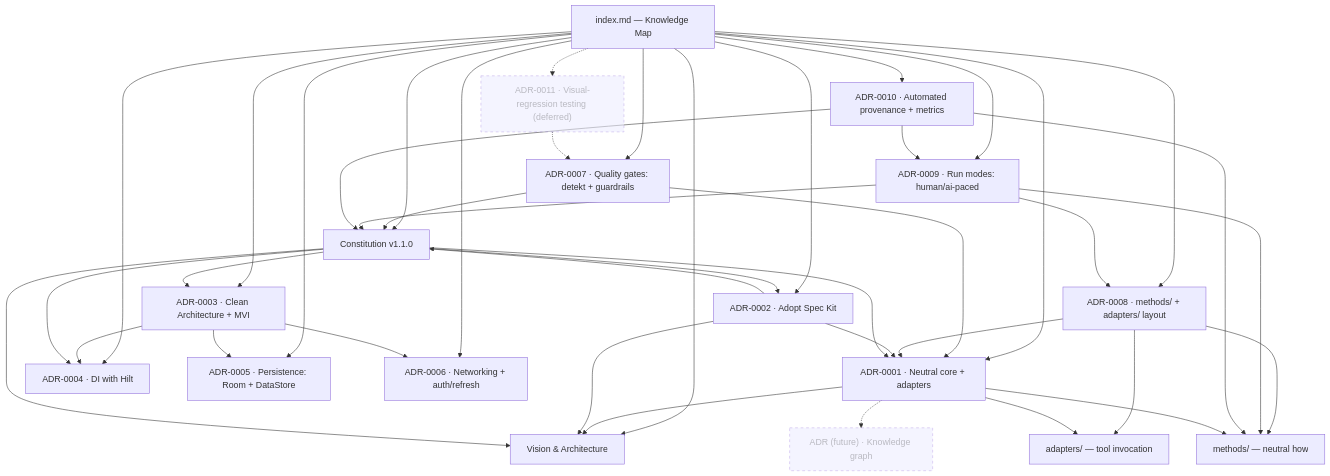
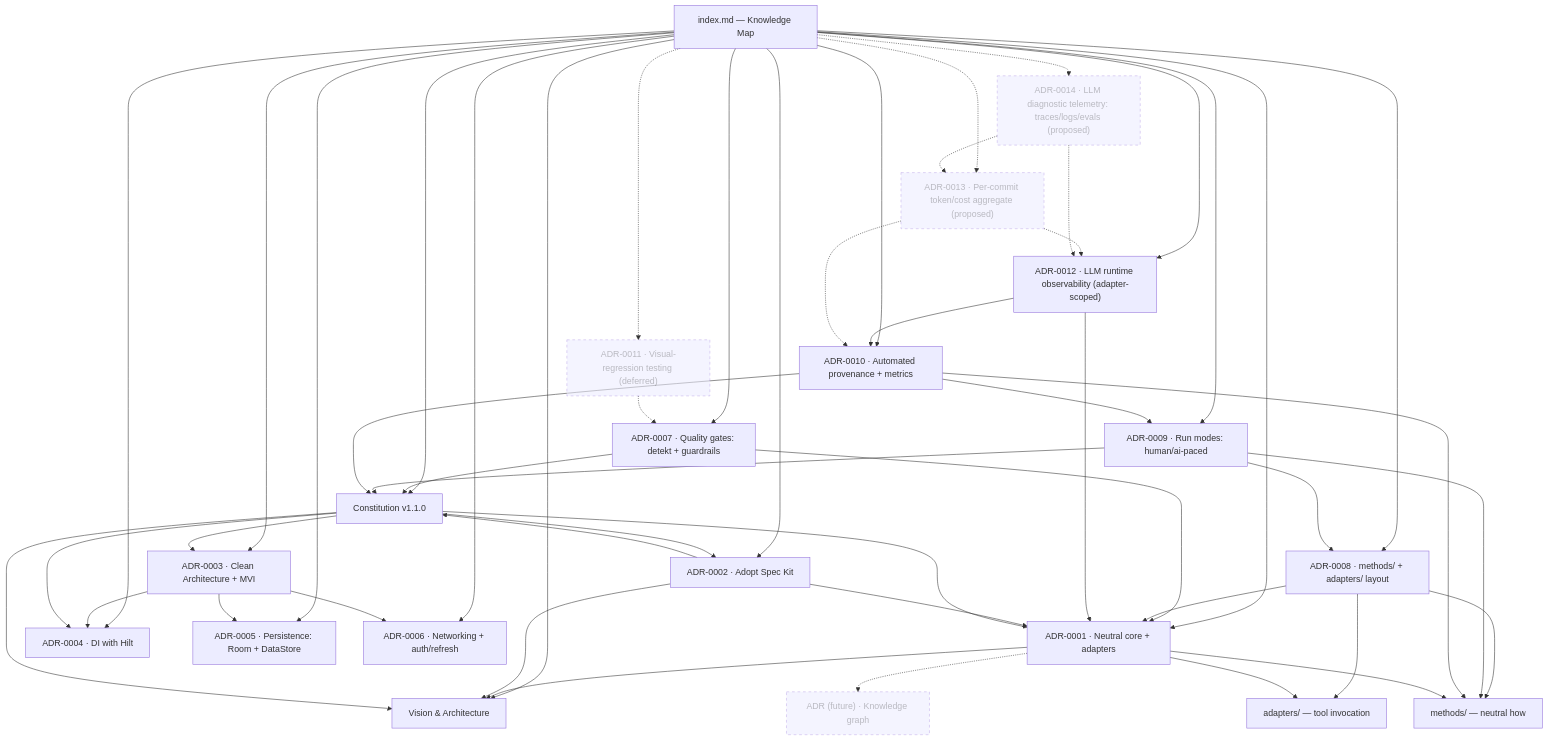
One commit to rodrigosimoesrosa/ai-native-android-development-system changed the diagram in index.md. Above: the diagram before and after it, drawn with Mermaid. The commit also changed other lines of this file and 5 other files, not shown here.

First line of the commit message:
docs(adr): observability decisions + AI architecture map

````diff
--- a/index.md
+++ b/index.md
@@ -13,63 +13,75 @@
 ```mermaid
 graph TD
     IDX["index.md — Knowledge Map"]
     VIS["Vision & Architecture"]
     CON["Constitution v1.1.0"]
     A1["ADR-0001 · Neutral core + adapters"]
     A2["ADR-0002 · Adopt Spec Kit"]
     A3["ADR-0003 · Clean Architecture + MVI"]
     A4["ADR-0004 · DI with Hilt"]
     A5["ADR-0005 · Persistence: Room + DataStore"]
     A6["ADR-0006 · Networking + auth/refresh"]
     A7["ADR-0007 · Quality gates: detekt + guardrails"]
     A8["ADR-0008 · methods/ + adapters/ layout"]
     A9["ADR-0009 · Run modes: human/ai-paced"]
     A10["ADR-0010 · Automated provenance + metrics"]
     A11["ADR-0011 · Visual-regression testing (deferred)"]:::todo
+    A12["ADR-0012 · LLM runtime observability (adapter-scoped)"]
+    A13["ADR-0013 · Per-commit token/cost aggregate (proposed)"]:::todo
+    A14["ADR-0014 · LLM diagnostic telemetry: traces/logs/evals (proposed)"]:::todo
     KG["ADR (future) · Knowledge graph"]:::todo
     MET["methods/ — neutral how"]
     ADP["adapters/ — tool invocation"]
 
     IDX --> VIS
     IDX --> CON
     IDX --> A1
     IDX --> A2
     IDX --> A3
     IDX --> A4
     IDX --> A5
     IDX --> A6
     IDX --> A7
     IDX --> A8
     A7 --> A1
     A7 --> CON
     A8 --> A1
     A8 --> MET
     A8 --> ADP
     IDX --> A9
     A9 --> A8
     A9 --> CON
     A9 --> MET
     IDX --> A10
     A10 --> CON
     A10 --> MET
     A10 --> A9
     IDX -.-> A11
     A11 -.-> A7
+    IDX --> A12
+    A12 --> A1
+    A12 --> A10
+    IDX -.-> A13
+    A13 -.-> A12
+    A13 -.-> A10
+    IDX -.-> A14
+    A14 -.-> A12
+    A14 -.-> A13
     A1 --> VIS
     A2 --> A1
     A2 --> VIS
     A2 --> CON
     A3 --> A4
     A3 --> A5
     A3 --> A6
     CON --> VIS
     CON --> A1
     CON --> A2
     CON --> A3
     CON --> A4
     A1 --> MET
     A1 --> ADP
     A1 -.-> KG
 
     classDef todo stroke-dasharray: 5 5,opacity:0.55;
 ```
````
